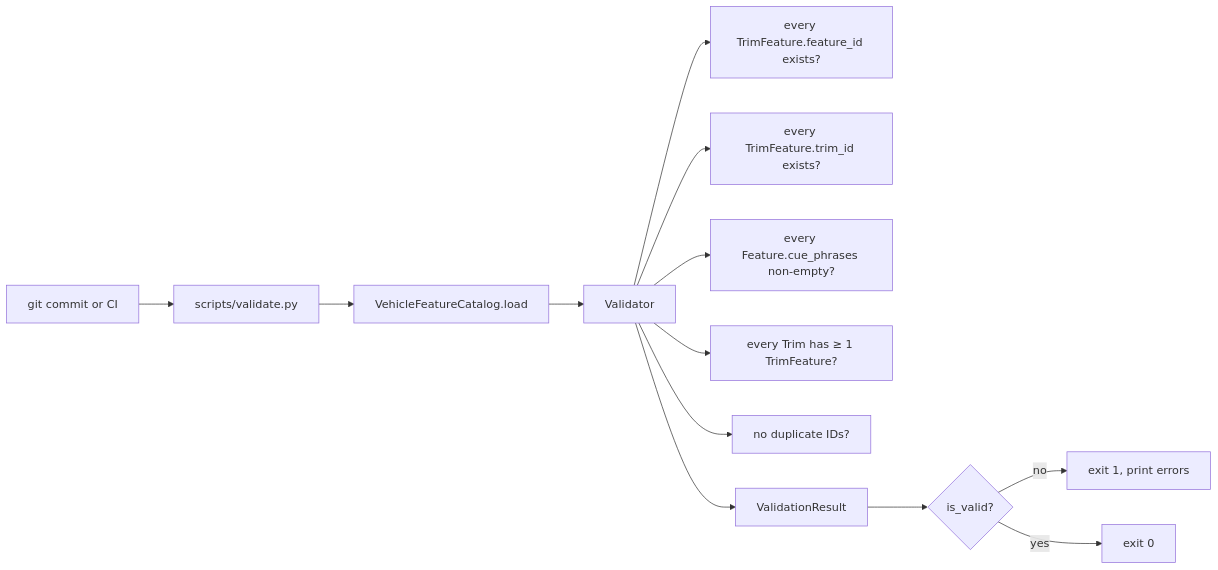
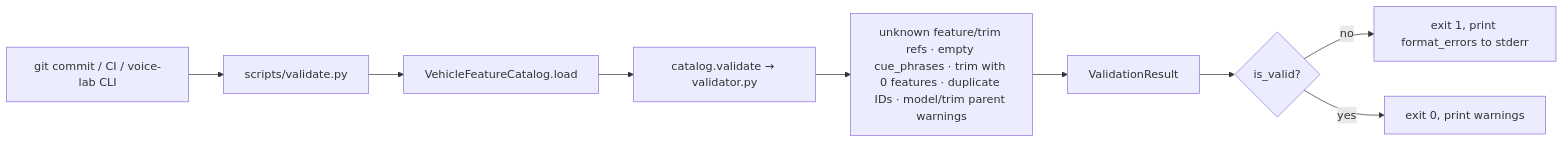
One commit to trikabijal/roadtosale changed the third of 5 diagrams in vehicle-feature-catalog/docs/flows.md. Above: the diagram before and after it, drawn with Mermaid. The commit also changed other lines of this file and 16 other files, not shown here.

````diff
--- a/vehicle-feature-catalog/docs/flows.md
+++ b/vehicle-feature-catalog/docs/flows.md
@@ -78,15 +108,11 @@
 ```mermaid
 flowchart LR
-  Trigger[git commit or CI] --> CLI[scripts/validate.py]
+  Trigger[git commit / CI / voice-lab CLI] --> CLI[scripts/validate.py]
   CLI --> Load[VehicleFeatureCatalog.load]
-  Load --> Validator
-  Validator --> Check1[every TrimFeature.feature_id exists?]
-  Validator --> Check2[every TrimFeature.trim_id exists?]
-  Validator --> Check3[every Feature.cue_phrases non-empty?]
-  Validator --> Check4[every Trim has ≥ 1 TrimFeature?]
-  Validator --> Check5[no duplicate IDs?]
-  Validator --> Result[ValidationResult]
+  Load --> Validate[catalog.validate → validator.py]
+  Validate --> Checks[unknown feature/trim refs · empty cue_phrases · trim with 0 features · duplicate IDs · model/trim parent warnings]
+  Checks --> Result[ValidationResult]
   Result --> Exit{is_valid?}
-  Exit -->|no| Fail[exit 1, print errors]
-  Exit -->|yes| OK[exit 0]
+  Exit -->|no| Fail[exit 1, print format_errors to stderr]
+  Exit -->|yes| OK[exit 0, print warnings]
 ```
````
